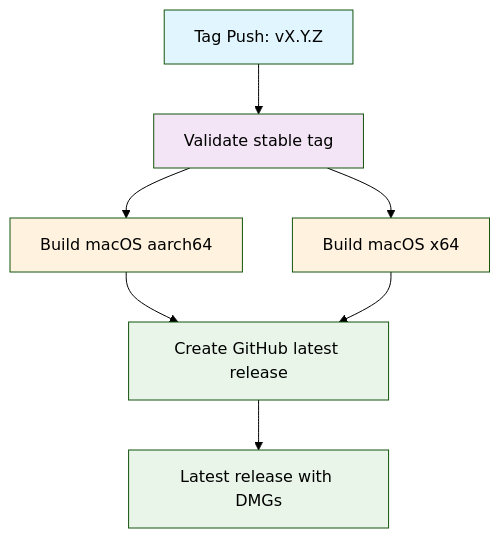
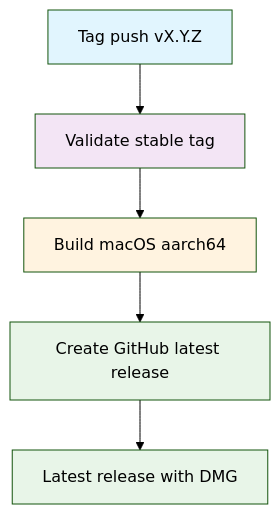
One commit to clawd-cook/poria changed the diagram in spec/spec-process-cicd-publish.md. Above: the diagram before and after it, drawn with Mermaid (forest theme). The commit also changed other lines of this file and 24 other files, not shown here.

First line of the commit message:
让 CI 规格与 GitHub 表单跟上当前发布路径。

````diff
--- a/spec/spec-process-cicd-publish.md
+++ b/spec/spec-process-cicd-publish.md
@@ -20,16 +18,13 @@
 ```mermaid
 graph TD
-    A[Tag Push: vX.Y.Z] --> B[Validate stable tag]
-    B --> D[Build macOS aarch64]
-    B --> E[Build macOS x64]
-    D --> F[Create GitHub latest release]
-    E --> F
-    F --> G[Latest release with DMGs]
+    A[Tag push vX.Y.Z] --> B[Validate stable tag]
+    B --> C[Build macOS aarch64]
+    C --> D[Create GitHub latest release]
+    D --> E[Latest release with DMG]
 
     style A fill:#e1f5fe
-    style G fill:#e8f5e8
+    style E fill:#e8f5e8
     style B fill:#f3e5f5
-    style D fill:#fff3e0
-    style E fill:#fff3e0
-    style F fill:#e8f5e8
+    style C fill:#fff3e0
+    style D fill:#e8f5e8
 ```
````
